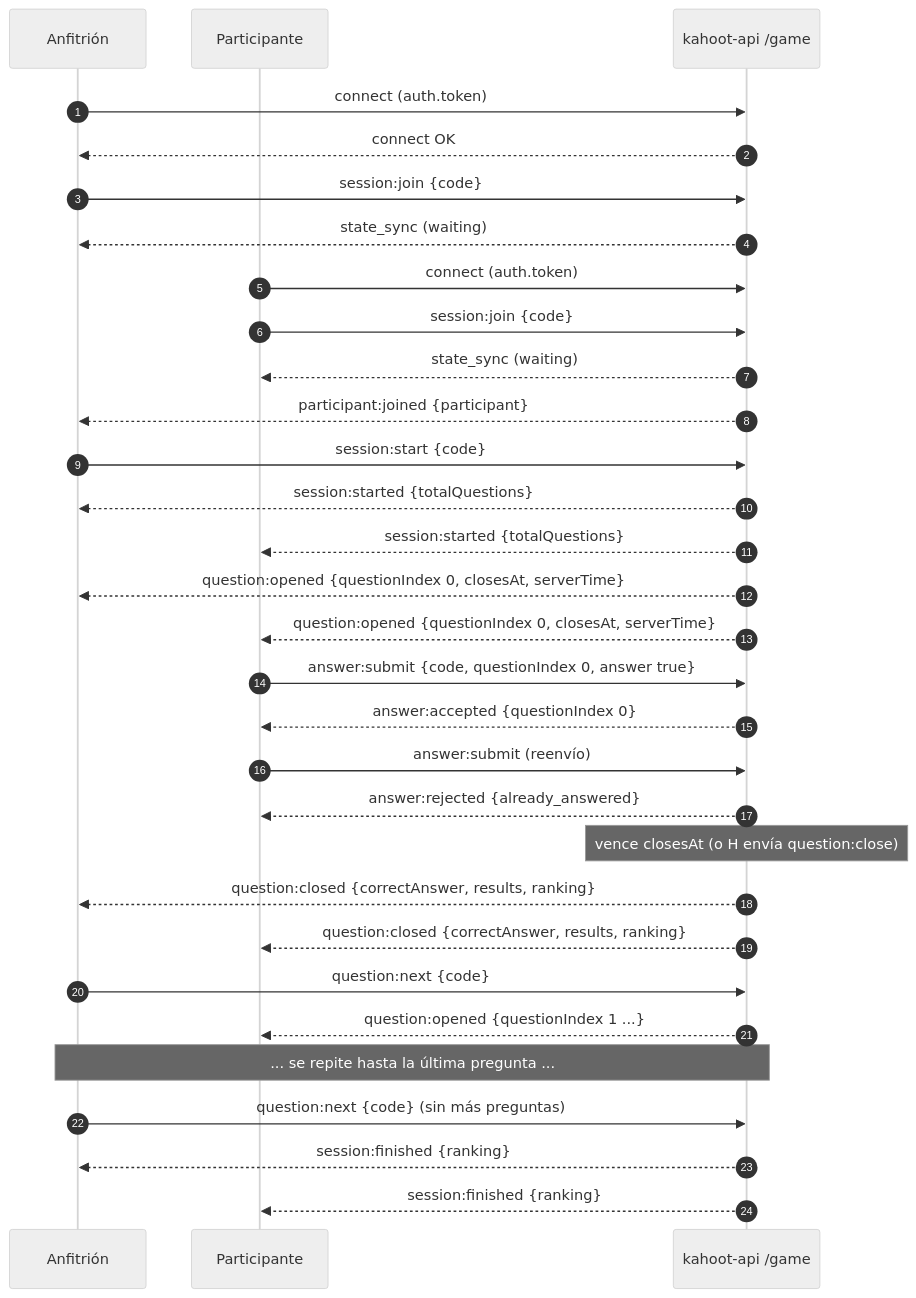
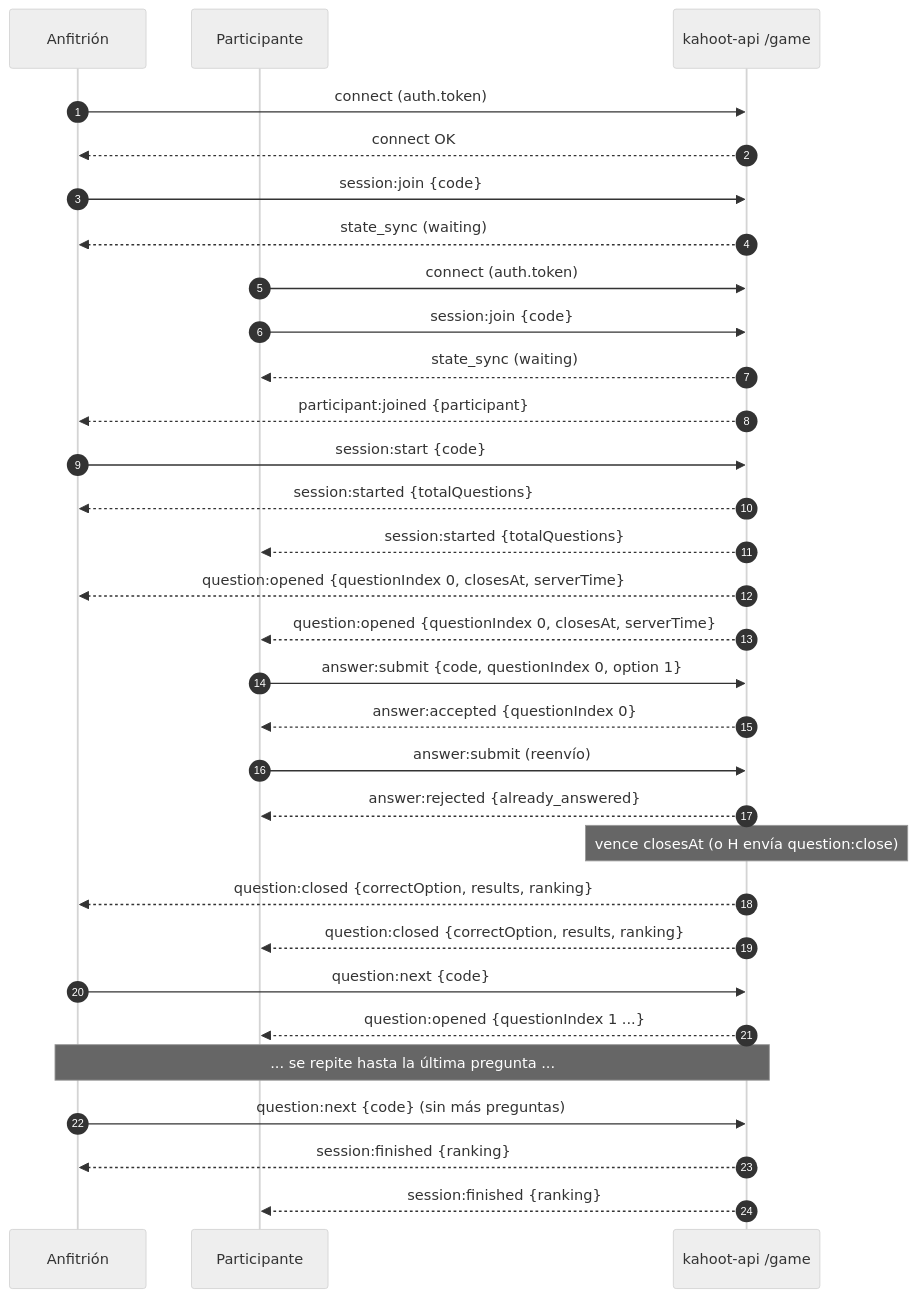
The second of 3 diagrams in packages/contracts/events/README.md (AaronSolano/ProyectoFinalParadigmas...), drawn with Mermaid (neutral theme) before and after one commit. The commit also changed other lines of this file and 63 other files, not shown here.

````diff
--- a/packages/contracts/events/README.md
+++ b/packages/contracts/events/README.md
@@ -243,33 +246,33 @@
 ```mermaid
 sequenceDiagram
     autonumber
     participant H as Anfitrión
     participant P as Participante
     participant S as kahoot-api /game
     H->>S: connect (auth.token)
     S-->>H: connect OK
     H->>S: session:join {code}
     S-->>H: state_sync (waiting)
     P->>S: connect (auth.token)
     P->>S: session:join {code}
     S-->>P: state_sync (waiting)
     S-->>H: participant:joined {participant}
     H->>S: session:start {code}
     S-->>H: session:started {totalQuestions}
     S-->>P: session:started {totalQuestions}
     S-->>H: question:opened {questionIndex 0, closesAt, serverTime}
     S-->>P: question:opened {questionIndex 0, closesAt, serverTime}
-    P->>S: answer:submit {code, questionIndex 0, answer true}
+    P->>S: answer:submit {code, questionIndex 0, option 1}
     S-->>P: answer:accepted {questionIndex 0}
     P->>S: answer:submit (reenvío)
     S-->>P: answer:rejected {already_answered}
     Note over S: vence closesAt (o H envía question:close)
-    S-->>H: question:closed {correctAnswer, results, ranking}
-    S-->>P: question:closed {correctAnswer, results, ranking}
+    S-->>H: question:closed {correctOption, results, ranking}
+    S-->>P: question:closed {correctOption, results, ranking}
     H->>S: question:next {code}
     S-->>P: question:opened {questionIndex 1 ...}
     Note over H,S: ... se repite hasta la última pregunta ...
     H->>S: question:next {code} (sin más preguntas)
     S-->>H: session:finished {ranking}
     S-->>P: session:finished {ranking}
 ```
````
